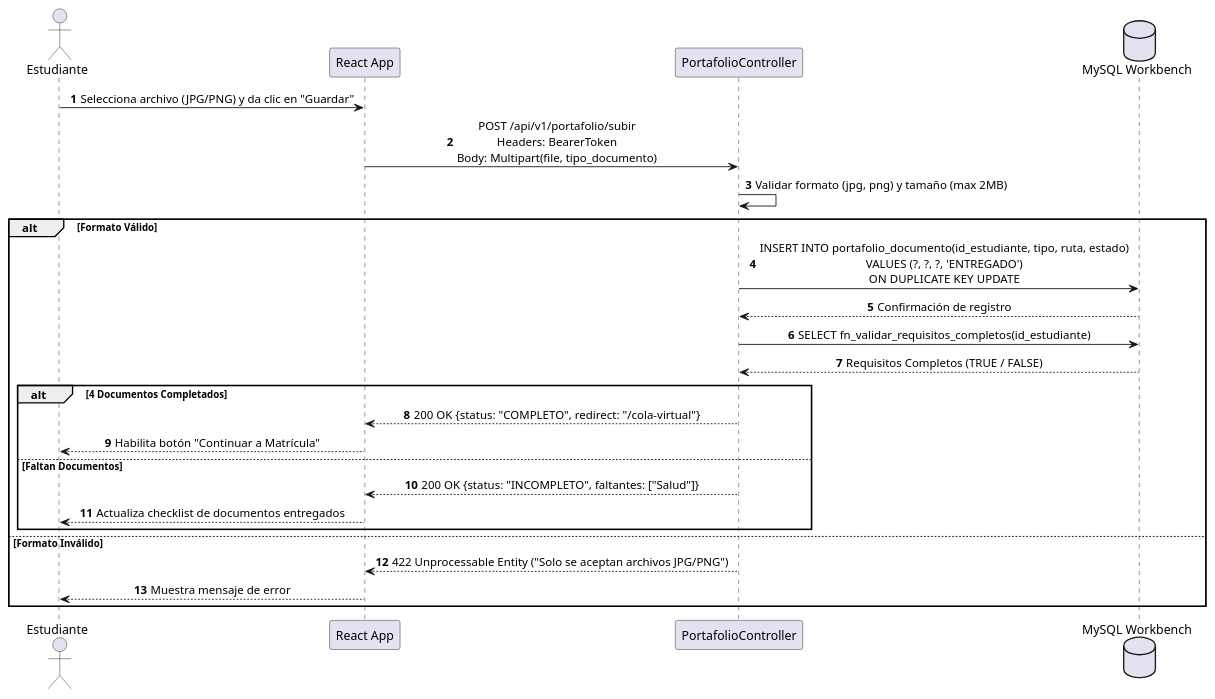
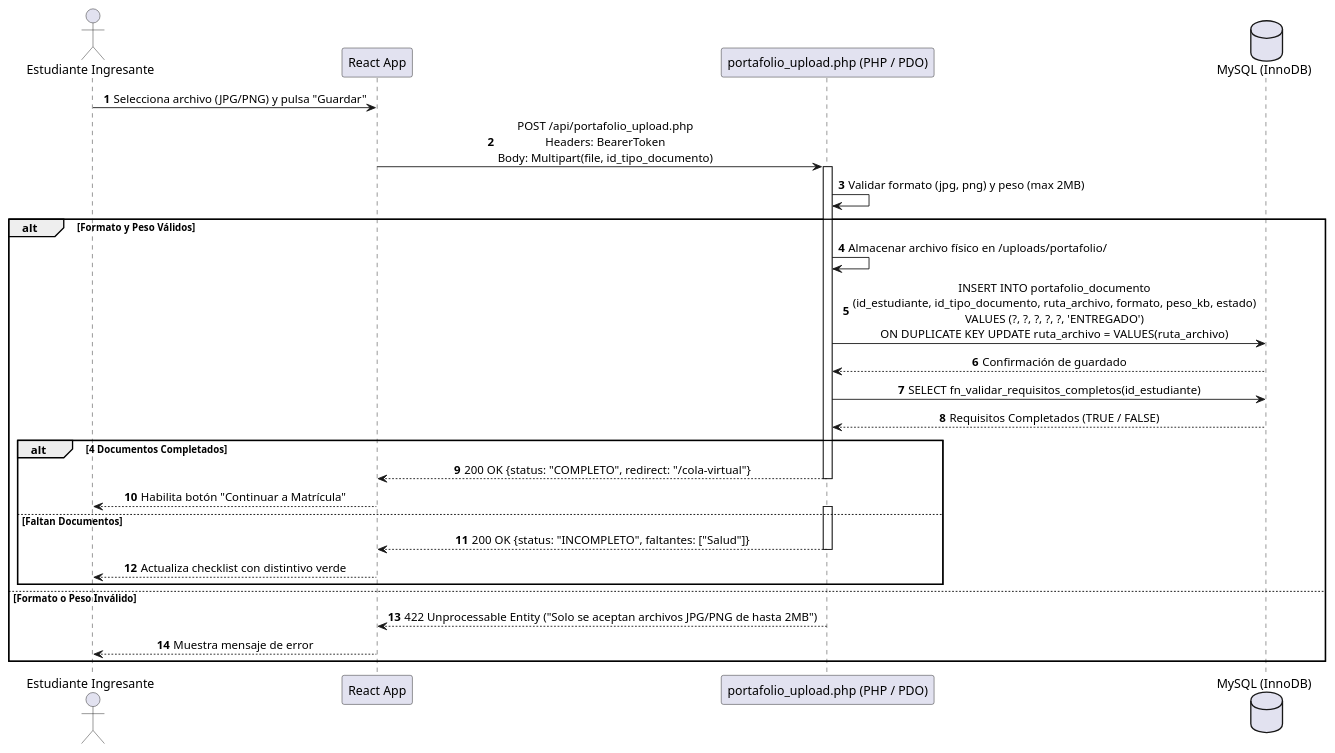
Before and after one commit to jsondev999/sistema-matricula: the diagram in diagramas/secuencia/portafolio.puml, drawn with PlantUML. The commit also changed 7 other files, not shown here.

Commit message:
Actualiza diagrama de secuencia

```diff
--- a/diagramas/secuencia/portafolio.puml
+++ b/diagramas/secuencia/portafolio.puml
@@ -1,31 +1,40 @@
 @startuml portafolio
 autonumber
 skinparam SequenceMessageAlignment center
 
-actor "Estudiante" as Client
+actor "Estudiante Ingresante" as Client
 participant "React App" as React
-participant "PortafolioController" as Controller
-database "MySQL Workbench" as DB
+participant "portafolio_upload.php (PHP / PDO)" as API
+database "MySQL (InnoDB)" as DB
 
-Client -> React: Selecciona archivo (JPG/PNG) y da clic en "Guardar"
-React -> Controller: POST /api/v1/portafolio/subir\nHeaders: BearerToken\nBody: Multipart(file, tipo_documento)
-Controller -> Controller: Validar formato (jpg, png) y tamaño (max 2MB)
+Client -> React: Selecciona archivo (JPG/PNG) y pulsa "Guardar"
+React -> API: POST /api/portafolio_upload.php\nHeaders: BearerToken\nBody: Multipart(file, id_tipo_documento)
+activate API
 
-alt Formato Válido
-    Controller -> DB: INSERT INTO portafolio_documento(id_estudiante, tipo, ruta, estado)\nVALUES (?, ?, ?, 'ENTREGADO')\nON DUPLICATE KEY UPDATE
-    DB --> Controller: Confirmación de registro
-    Controller -> DB: SELECT fn_validar_requisitos_completos(id_estudiante)
-    DB --> Controller: Requisitos Completos (TRUE / FALSE)
+API -> API: Validar formato (jpg, png) y peso (max 2MB)
+
+alt Formato y Peso Válidos
+    API -> API: Almacenar archivo físico en /uploads/portafolio/
+    API -> DB: INSERT INTO portafolio_documento\n(id_estudiante, id_tipo_documento, ruta_archivo, formato, peso_kb, estado)\nVALUES (?, ?, ?, ?, ?, 'ENTREGADO')\nON DUPLICATE KEY UPDATE ruta_archivo = VALUES(ruta_archivo)
+    DB --> API: Confirmación de guardado
+    
+    API -> DB: SELECT fn_validar_requisitos_completos(id_estudiante)
+    DB --> API: Requisitos Completados (TRUE / FALSE)
     
     alt 4 Documentos Completados
-        Controller --> React: 200 OK {status: "COMPLETO", redirect: "/cola-virtual"}
+        API --> React: 200 OK {status: "COMPLETO", redirect: "/cola-virtual"}
+        deactivate API
         React --> Client: Habilita botón "Continuar a Matrícula"
     else Faltan Documentos
-        Controller --> React: 200 OK {status: "INCOMPLETO", faltantes: ["Salud"]}
-        React --> Client: Actualiza checklist de documentos entregados
+        activate API
+        API --> React: 200 OK {status: "INCOMPLETO", faltantes: ["Salud"]}
+        deactivate API
+        React --> Client: Actualiza checklist con distintivo verde
     end
-else Formato Inválido
-    Controller --> React: 422 Unprocessable Entity ("Solo se aceptan archivos JPG/PNG")
+else Formato o Peso Inválido
+    activate API
+    API --> React: 422 Unprocessable Entity ("Solo se aceptan archivos JPG/PNG de hasta 2MB")
+    deactivate API
     React --> Client: Muestra mensaje de error
 end
 @enduml
```
